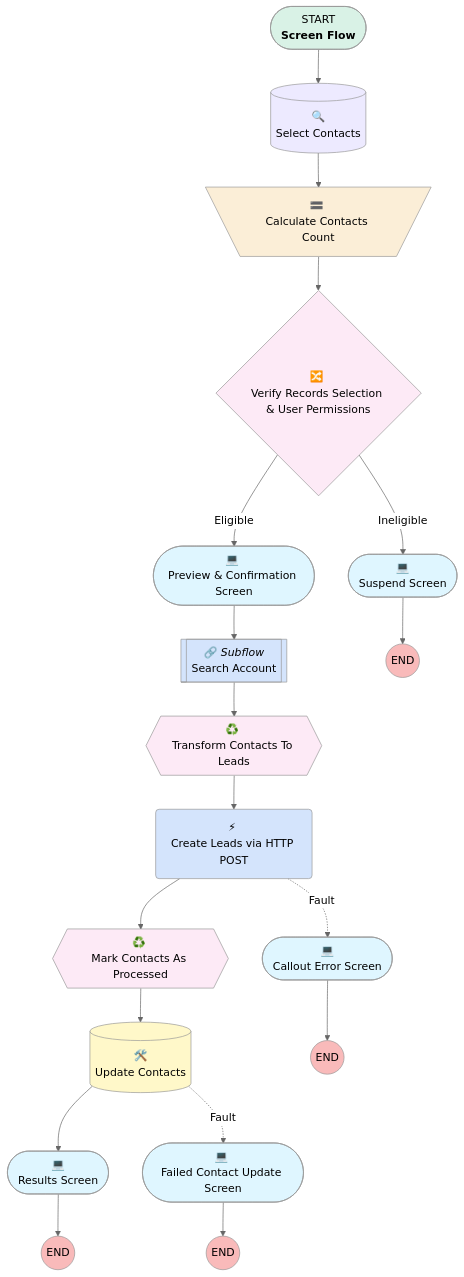
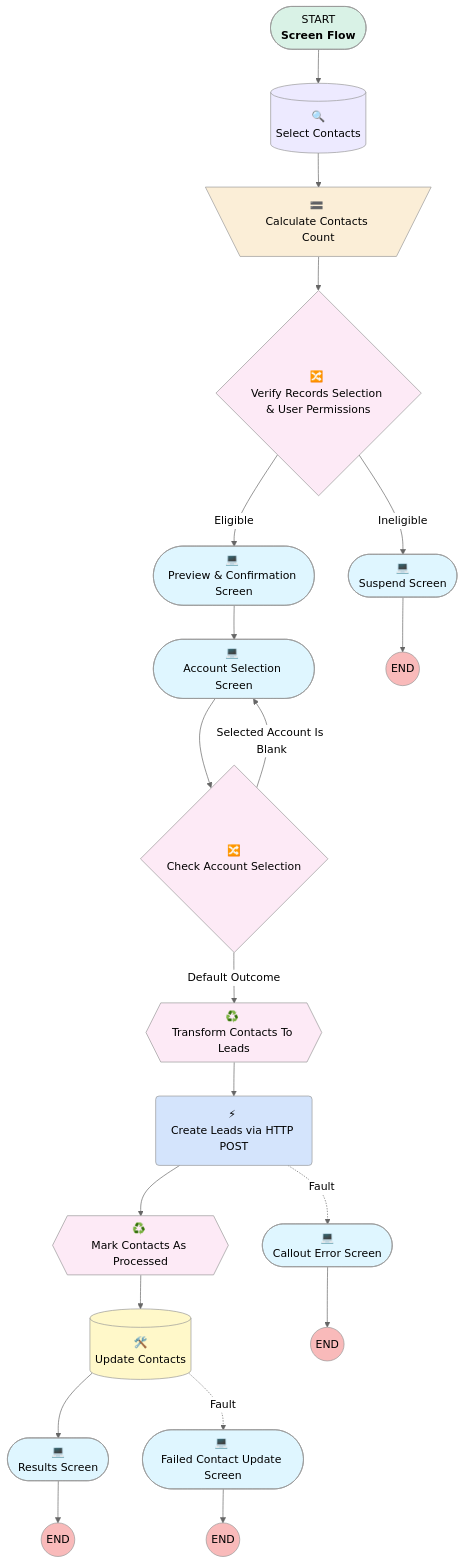
Before and after one commit to awesomeandrey/minlopro-dx: the diagram in assets/docs/hardis/flow2markdown/flows/Minlopro_CastContactsToLeads_Bulk.md, drawn with Mermaid (neutral theme). The commit also changed other lines of this file and 2 other files, not shown here.

Commit message:
Automation: Generated Flows Docs 📑

```diff
--- a/assets/docs/hardis/flow2markdown/flows/Minlopro_CastContactsToLeads_Bulk.md
+++ b/assets/docs/hardis/flow2markdown/flows/Minlopro_CastContactsToLeads_Bulk.md
@@ -11,13 +11,16 @@
 
 flowchart TB
 START(["START<br/><b>Screen Flow</b>"]):::startClass
-click START "#general-information" "2220808193"
+click START "#general-information" "2341737882"
 
 Create_Leads_via_HTTP_POST("⚡ <em></em><br/>Create Leads via HTTP POST"):::actionCalls
 click Create_Leads_via_HTTP_POST "#create_leads_via_http_post" "187876858"
 
 Calculate_Contacts_Count[\"🟰 <em></em><br/>Calculate Contacts Count"/]:::assignments
 click Calculate_Contacts_Count "#calculate_contacts_count" "2289117099"
+
+Check_Account_Selection{"🔀 <em></em><br/>Check Account Selection"}:::decisions
+click Check_Account_Selection "#check_account_selection" "2543124364"
 
 Verify_Records_Selection_And_User_Permissions{"🔀 <em></em><br/>Verify Records Selection & User Permissions"}:::decisions
 click Verify_Records_Selection_And_User_Permissions "#verify_records_selection_and_user_permissions" "1003782354"
@@ -28,45 +31,47 @@
 Update_Contacts[("🛠️ <em></em><br/>Update Contacts")]:::recordUpdates
 click Update_Contacts "#update_contacts" "1805384428"
 
+Account_Selection_Screen(["💻 <em></em><br/>Account Selection Screen"]):::screens
+click Account_Selection_Screen "#account_selection_screen" "2708085060"
+
 Callout_Error_Screen(["💻 <em></em><br/>Callout Error Screen"]):::screens
-click Callout_Error_Screen "#callout_error_screen" "2931229614"
+click Callout_Error_Screen "#callout_error_screen" "2075084022"
 
 Failed_Contact_Update_Screen(["💻 <em></em><br/>Failed Contact Update Screen"]):::screens
-click Failed_Contact_Update_Screen "#failed_contact_update_screen" "1820395957"
+click Failed_Contact_Update_Screen "#failed_contact_update_screen" "1340544200"
 
 PreviewAndConfirmationScreen(["💻 <em></em><br/>Preview & Confirmation Screen"]):::screens
-click PreviewAndConfirmationScreen "#previewandconfirmationscreen" "2016774427"
+click PreviewAndConfirmationScreen "#previewandconfirmationscreen" "1258855806"
 
 Results_Screen(["💻 <em></em><br/>Results Screen"]):::screens
-click Results_Screen "#results_screen" "478658817"
+click Results_Screen "#results_screen" "4124102998"
 
 Suspend_Screen(["💻 <em></em><br/>Suspend Screen"]):::screens
-click Suspend_Screen "#suspend_screen" "3604171125"
-
-Search_Account[["🔗 <em>Subflow</em><br/>Search Account"]]:::subflows
-click Search_Account "#search_account" "478877016"
+click Suspend_Screen "#suspend_screen" "3136558922"
 
 Mark_Contacts_As_Processed{{"♻️ <em></em><br/>Mark Contacts As Processed"}}:::transforms
 click Mark_Contacts_As_Processed "#mark_contacts_as_processed" "3827616622"
 
 Transform_Contacts_To_Leads{{"♻️ <em></em><br/>Transform Contacts To Leads"}}:::transforms
-click Transform_Contacts_To_Leads "#transform_contacts_to_leads" "2039688331"
+click Transform_Contacts_To_Leads "#transform_contacts_to_leads" "335609201"
 
 Create_Leads_via_HTTP_POST --> Mark_Contacts_As_Processed
 Create_Leads_via_HTTP_POST -. Fault .->Callout_Error_Screen
 Calculate_Contacts_Count --> Verify_Records_Selection_And_User_Permissions
+Check_Account_Selection --> |"Selected Account Is Blank"| Account_Selection_Screen
+Check_Account_Selection --> |"Default Outcome"| Transform_Contacts_To_Leads
 Verify_Records_Selection_And_User_Permissions --> |"Ineligible"| Suspend_Screen
 Verify_Records_Selection_And_User_Permissions --> |"Eligible"| PreviewAndConfirmationScreen
 Select_Contacts --> Calculate_Contacts_Count
 Update_Contacts --> Results_Screen
 Update_Contacts -. Fault .->Failed_Contact_Update_Screen
+Account_Selection_Screen --> Check_Account_Selection
 Callout_Error_Screen --> END_Callout_Error_Screen
 Failed_Contact_Update_Screen --> END_Failed_Contact_Update_Screen
-PreviewAndConfirmationScreen --> Search_Account
+PreviewAndConfirmationScreen --> Account_Selection_Screen
 Results_Screen --> END_Results_Screen
 Suspend_Screen --> END_Suspend_Screen
 START -->  Select_Contacts
-Search_Account --> Transform_Contacts_To_Leads
 Mark_Contacts_As_Processed --> Update_Contacts
 Transform_Contacts_To_Leads --> Create_Leads_via_HTTP_POST
 END_Callout_Error_Screen(( END )):::endClass
```
